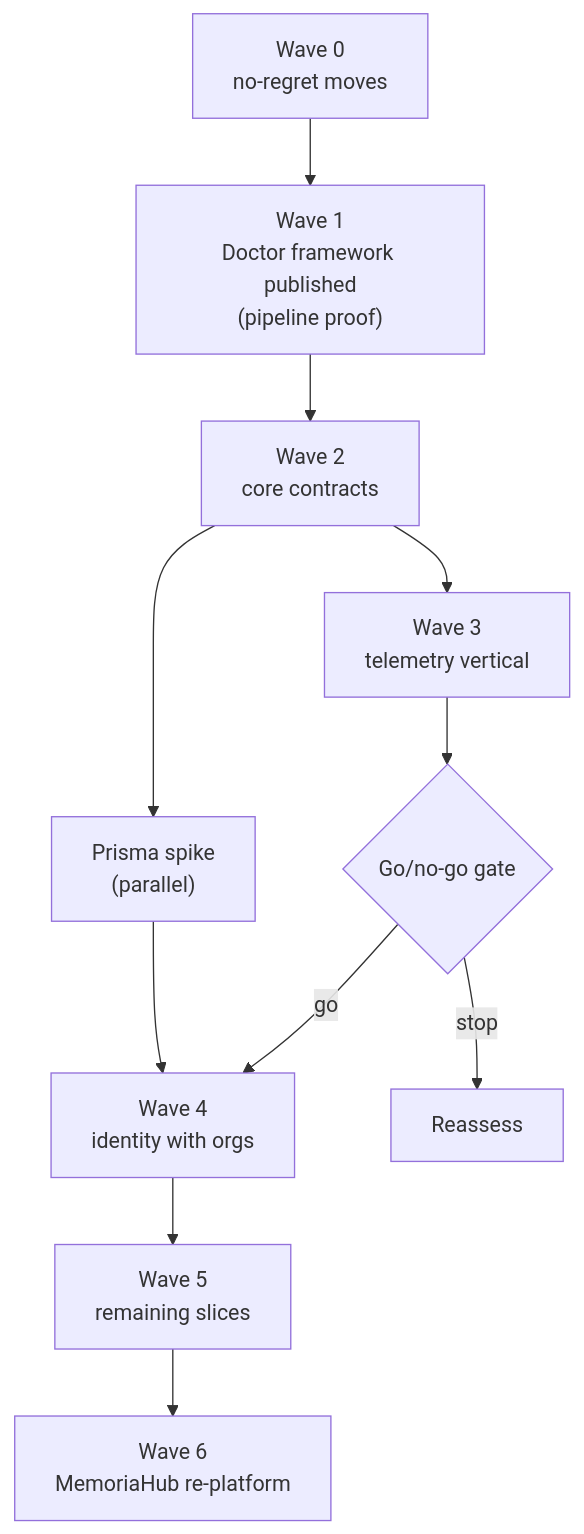
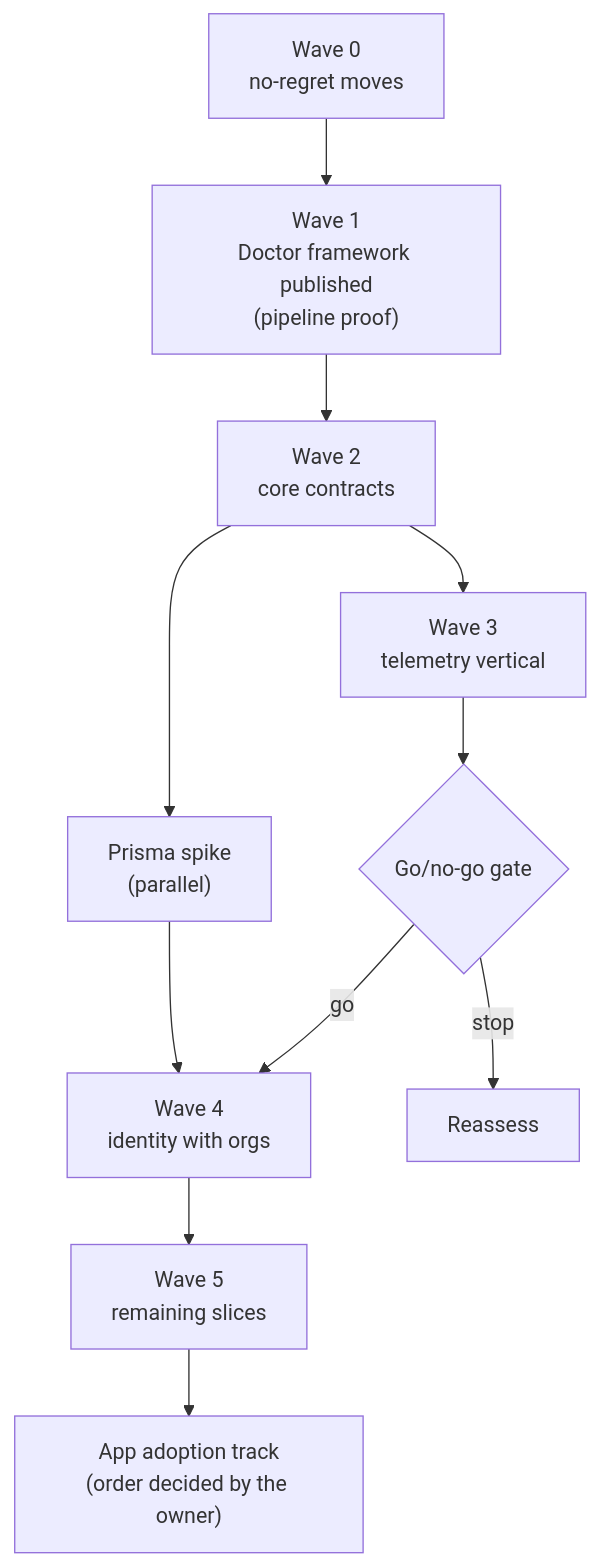
One commit to marinoscar/EnterpriseAppBase changed the eighth of 8 diagrams in docs/specs/platform-packages.md. Above: the diagram before and after it, drawn with Mermaid. The commit also changed other lines of this file, not shown here.

First line of the commit message:
docs(docs): make package extensibility explicit, leave adoption order open

````diff
--- a/docs/specs/platform-packages.md
+++ b/docs/specs/platform-packages.md
@@ -791,13 +986,13 @@
 ```mermaid
 flowchart TD
   w0["Wave 0<br/>no-regret moves"] --> w1["Wave 1<br/>Doctor framework published<br/>(pipeline proof)"]
   w1 --> w2["Wave 2<br/>core contracts"]
   w2 --> w3["Wave 3<br/>telemetry vertical"]
   w3 --> gate{"Go/no-go gate"}
   gate -->|"go"| w4["Wave 4<br/>identity with orgs"]
   gate -->|"stop"| stop["Reassess"]
   w2 --> spike["Prisma spike<br/>(parallel)"]
   spike --> w4
   w4 --> w5["Wave 5<br/>remaining slices"]
-  w5 --> w6["Wave 6<br/>MemoriaHub re-platform"]
+  w5 --> track["App adoption track<br/>(order decided by the owner)"]
 ```
````
